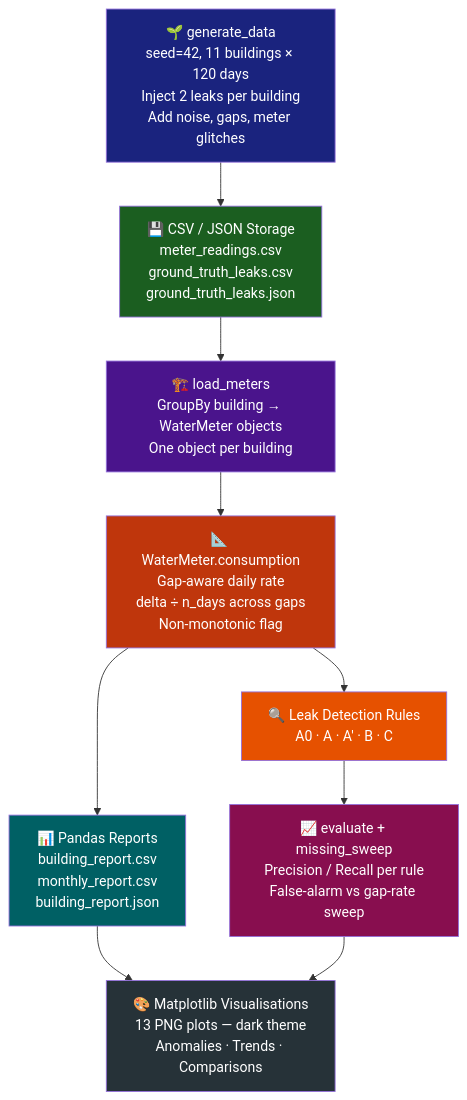
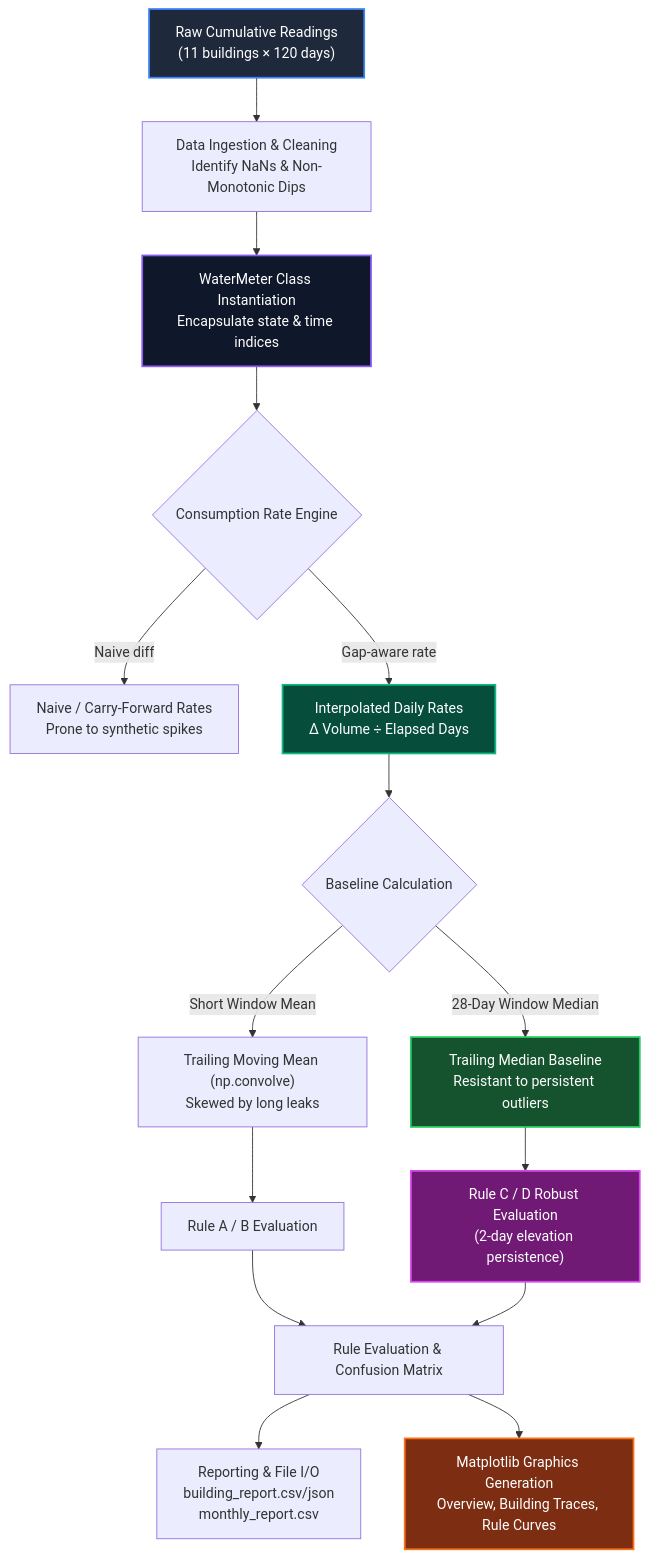
One commit to mayukhbyte/Water-analyser-and-leak-alert-analyser changed the diagram in README.md. Above: the diagram before and after it, drawn with Mermaid. The commit also changed other lines of this file, not shown here.

Commit message:
Update README: clean project overview, architecture, pipeline, and embedded graphics gallery

````diff
--- a/README.md
+++ b/README.md
@@ -104,26 +106,29 @@
 ```mermaid
 flowchart TD
-    A["🌱 generate_data\nseed=42, 11 buildings × 120 days\nInject 2 leaks per building\nAdd noise, gaps, meter glitches"] --> B["💾 CSV / JSON Storage\nmeter_readings.csv\nground_truth_leaks.csv\nground_truth_leaks.json"]
+    A["Raw Cumulative Readings\n(11 buildings × 120 days)"] --> B["Data Ingestion & Cleaning\nIdentify NaNs & Non-Monotonic Dips"]
+    B --> C["WaterMeter Class Instantiation\nEncapsulate state & time indices"]
+    
+    C --> D{"Consumption Rate Engine"}
+    D -->|"Naive diff"| E1["Naive / Carry-Forward Rates\nProne to synthetic spikes"]
+    D -->|"Gap-aware rate"| E2["Interpolated Daily Rates\nΔ Volume ÷ Elapsed Days"]
 
-    B --> C["🏗️ load_meters\nGroupBy building → WaterMeter objects\nOne object per building"]
+    E2 --> F{"Baseline Calculation"}
+    F -->|"Short Window Mean"| G1["Trailing Moving Mean (np.convolve)\nSkewed by long leaks"]
+    F -->|"28-Day Window Median"| G2["Trailing Median Baseline\nResistant to persistent outliers"]
 
-    C --> D["📐 WaterMeter.consumption\nGap-aware daily rate\ndelta ÷ n_days across gaps\nNon-monotonic flag"]
+    G1 --> H1["Rule A / B Evaluation"]
+    G2 --> H2["Rule C / D Robust Evaluation\n(2-day elevation persistence)"]
 
-    D --> E["📊 Pandas Reports\nbuilding_report.csv\nmonthly_report.csv\nbuilding_report.json"]
+    H1 --> I["Rule Evaluation & Confusion Matrix"]
+    H2 --> I
 
-    D --> F["🔍 Leak Detection Rules\nA0 · A · A' · B · C"]
+    I --> J["Reporting & File I/O\nbuilding_report.csv/json\nmonthly_report.csv"]
+    I --> K["Matplotlib Graphics Generation\nOverview, Building Traces, Rule Curves"]
 
-    F --> G["📈 evaluate + missing_sweep\nPrecision / Recall per rule\nFalse-alarm vs gap-rate sweep"]
-
-    E --> H["🎨 Matplotlib Visualisations\n13 PNG plots — dark theme\nAnomalies · Trends · Comparisons"]
-    G --> H
-
-    style A fill:#1a237e,color:#fff
-    style B fill:#1b5e20,color:#fff
-    style C fill:#4a148c,color:#fff
-    style D fill:#bf360c,color:#fff
-    style E fill:#006064,color:#fff
-    style F fill:#e65100,color:#fff
-    style G fill:#880e4f,color:#fff
-    style H fill:#263238,color:#fff
+    style A fill:#1e293b,stroke:#3b82f6,stroke-width:2px,color:#fff
+    style C fill:#0f172a,stroke:#8b5cf6,stroke-width:2px,color:#fff
+    style E2 fill:#064e3b,stroke:#10b981,stroke-width:2px,color:#fff
+    style G2 fill:#14532d,stroke:#22c55e,stroke-width:2px,color:#fff
+    style H2 fill:#701a75,stroke:#d946ef,stroke-width:2px,color:#fff
+    style K fill:#7c2d12,stroke:#f97316,stroke-width:2px,color:#fff
 ```
````
